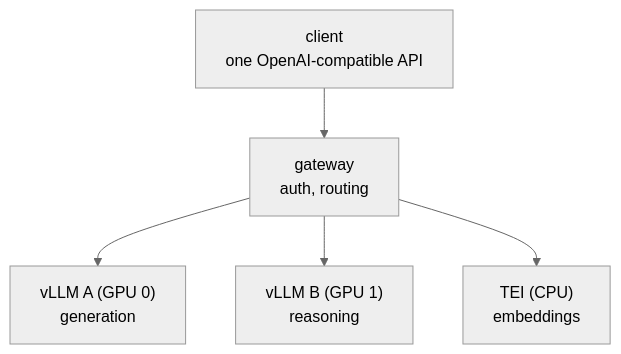
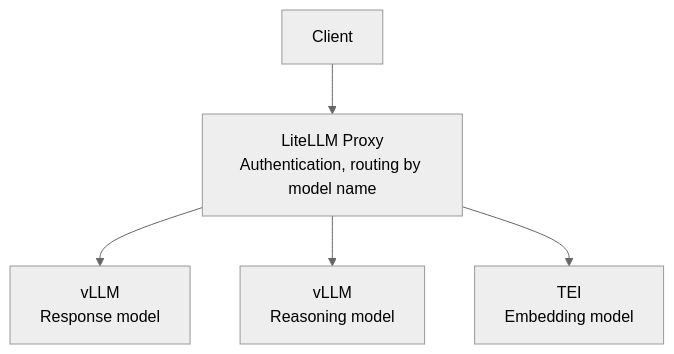
Before and after one commit to kukjun/blog: the diagram in src/content/blog/en/ollama-to-vllm.md, drawn with Mermaid (neutral theme). The commit also changed other lines of this file and 32 other files, not shown here.

````diff
--- a/src/content/blog/en/ollama-to-vllm.md
+++ b/src/content/blog/en/ollama-to-vllm.md
@@ -199,7 +118,7 @@
 ```mermaid
 flowchart TD
-  C["client<br/>one OpenAI-compatible API"] --> GW["gateway<br/>auth, routing"]
-  GW --> A["vLLM A (GPU 0)<br/>generation"]
-  GW --> B["vLLM B (GPU 1)<br/>reasoning"]
-  GW --> E["TEI (CPU)<br/>embeddings"]
+  C["Client"] --> GW["LiteLLM Proxy<br/>Authentication, routing by model name"]
+  GW --> A["vLLM<br/>Response model"]
+  GW --> B["vLLM<br/>Reasoning model"]
+  GW --> E["TEI<br/>Embedding model"]
 ```
````
